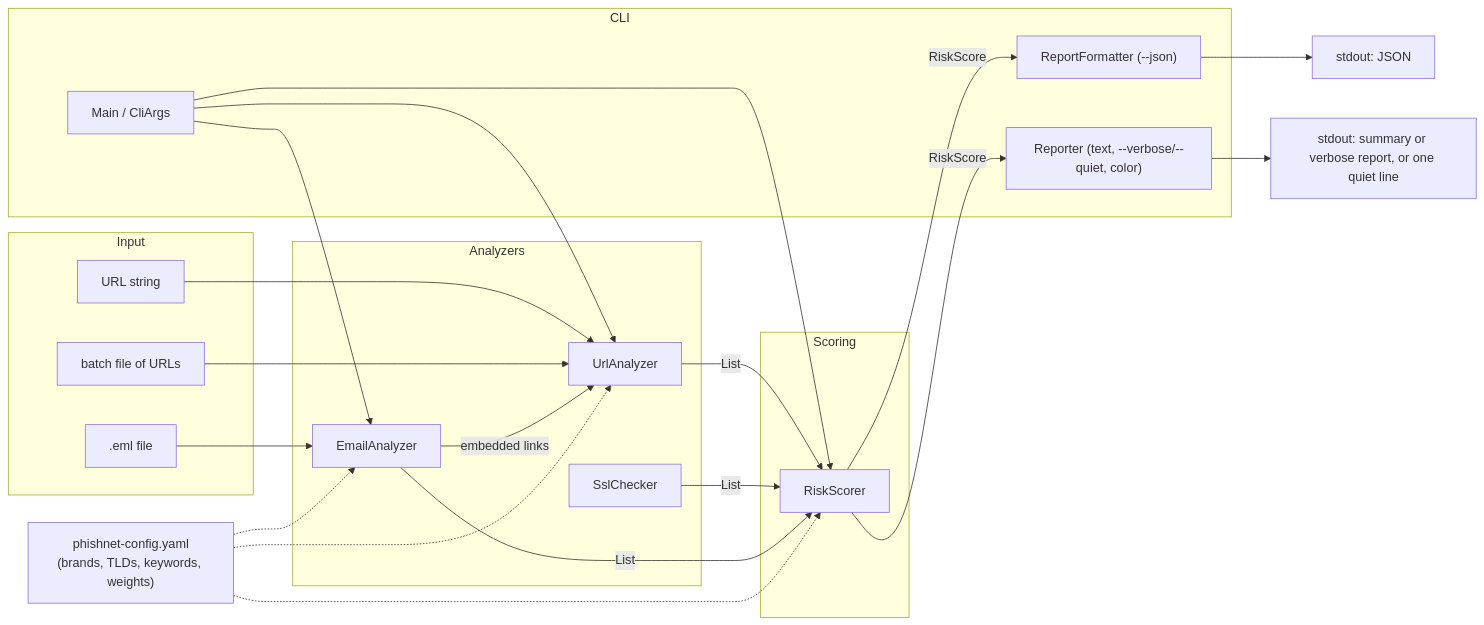
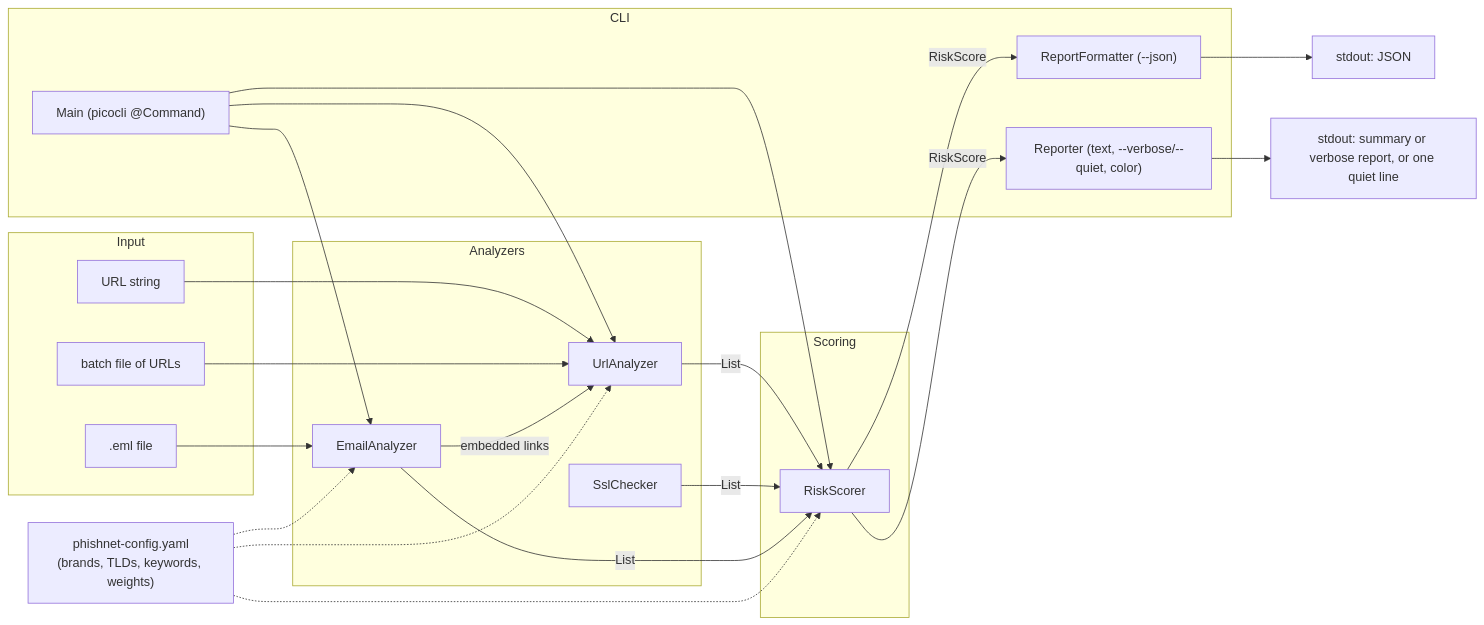
The diagram in README.md (Deipedra34/PhishNet-Detector), drawn with Mermaid before and after one commit. The commit also changed other lines of this file and 6 other files, not shown here.

First line of the commit message:
Migrate CLI argument parsing to picocli

````diff
--- a/README.md
+++ b/README.md
@@ -56,44 +57,44 @@
 ```mermaid
 flowchart LR
     subgraph Input
         U["URL string"]
         E[".eml file"]
         B["batch file of URLs"]
     end
 
     subgraph Analyzers
         UA["UrlAnalyzer"]
         SC["SslChecker"]
         EA["EmailAnalyzer"]
     end
 
     subgraph Scoring
         RS["RiskScorer"]
     end
 
     subgraph CLI
-        M["Main / CliArgs"]
+        M["Main (picocli @Command)"]
         RF["ReportFormatter (--json)"]
         RP["Reporter (text, --verbose/--quiet, color)"]
     end
 
     CFG["phishnet-config.yaml\n(brands, TLDs, keywords, weights)"]
 
     U --> UA
     B --> UA
     E --> EA
     EA -- "embedded links" --> UA
     UA -- "List<Signal>" --> RS
     SC -- "List<Signal>" --> RS
     EA -- "List<Signal>" --> RS
     CFG -.-> UA
     CFG -.-> EA
     CFG -.-> RS
     RS -- "RiskScore" --> RF
     RS -- "RiskScore" --> RP
     M --> UA
     M --> EA
     M --> RS
     RF --> OUT["stdout: JSON"]
     RP --> OUT2["stdout: summary or verbose report, or one quiet line"]
 ```
````
